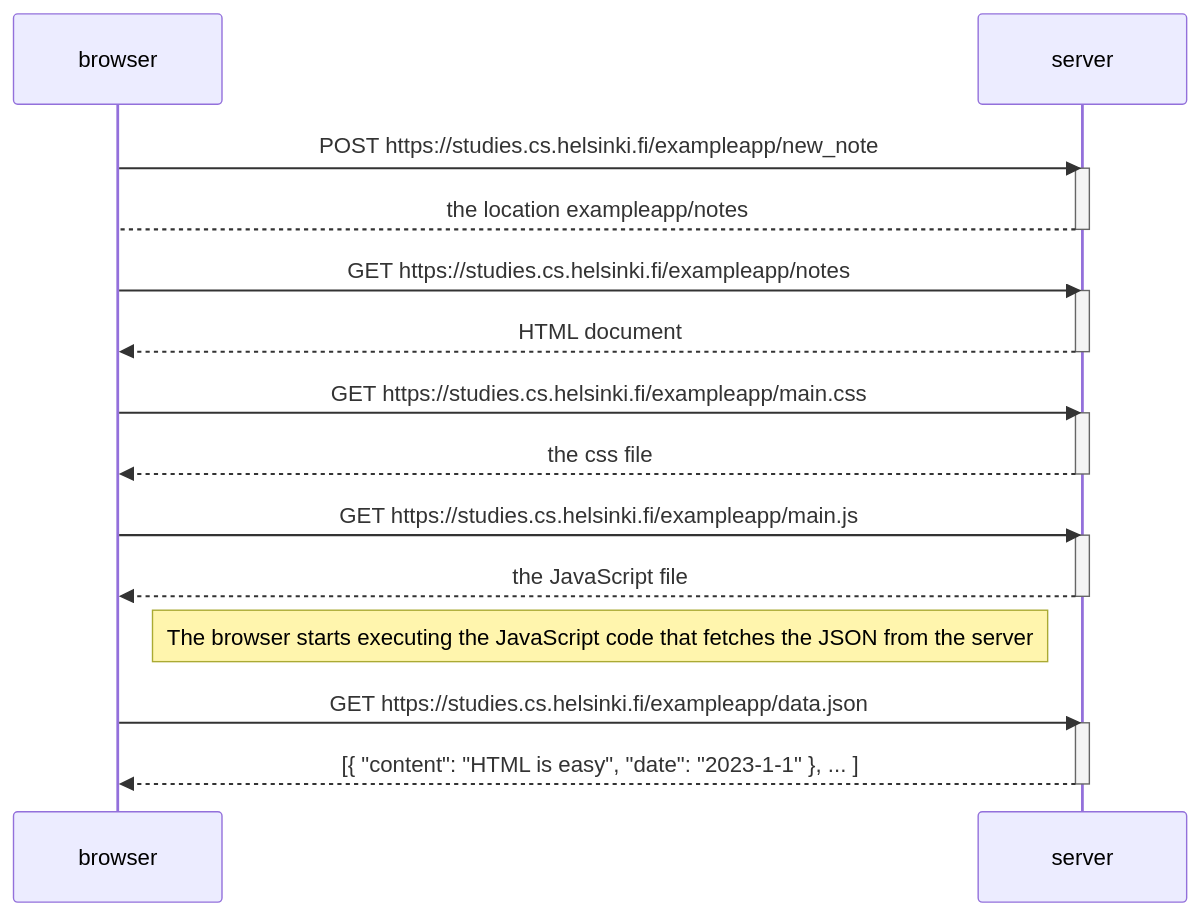
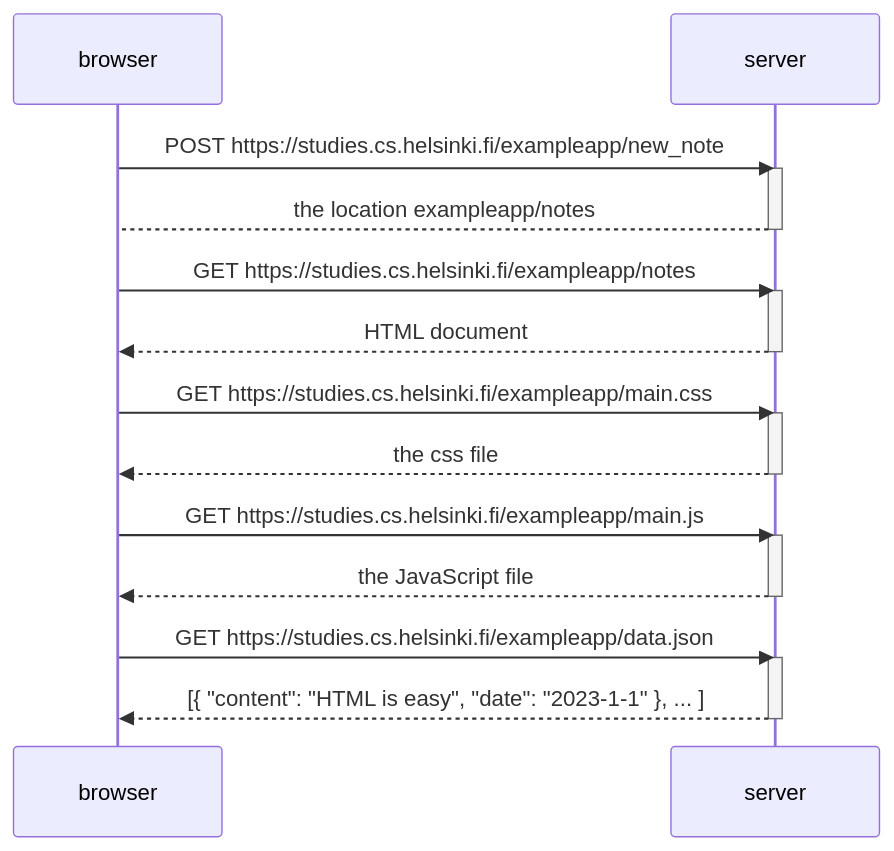
Before and after one commit to emustafaa/fullstackopen: the diagram in part0/exercise0.4.md, drawn with Mermaid.

Commit message:
Remove note on JavaScript execution in browser
Removed note about browser executing JavaScript code.

````diff
--- a/part0/exercise0.4.md
+++ b/part0/exercise0.4.md
@@ -2,33 +2,31 @@
 ```mermaid
 
 sequenceDiagram;
     participant browser
     participant server
 
     browser->>server: POST https://studies.cs.helsinki.fi/exampleapp/new_note
     activate server
     server-->browser: the location exampleapp/notes
     deactivate server
 
     browser->>server: GET https://studies.cs.helsinki.fi/exampleapp/notes
     activate server
     server-->>browser: HTML document
     deactivate server
 
     browser->>server: GET https://studies.cs.helsinki.fi/exampleapp/main.css
     activate server
     server-->>browser: the css file
     deactivate server
 
     browser->>server: GET https://studies.cs.helsinki.fi/exampleapp/main.js
     activate server
     server-->>browser: the JavaScript file
     deactivate server
 
-    Note right of browser: The browser starts executing the JavaScript code that fetches the JSON from the server
-
     browser->>server: GET https://studies.cs.helsinki.fi/exampleapp/data.json
     activate server
     server-->>browser: [{ "content": "HTML is easy", "date": "2023-1-1" }, ... ]
     deactivate server
 ```
````
